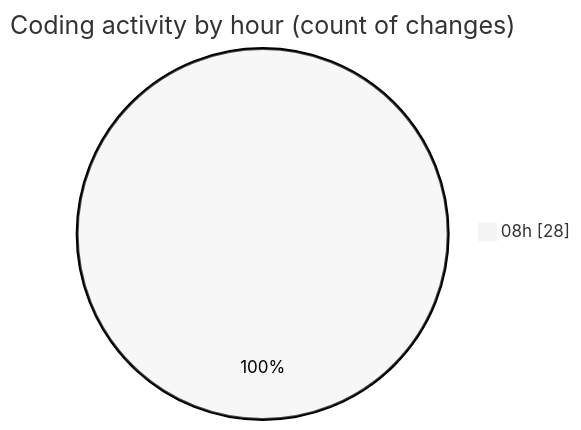
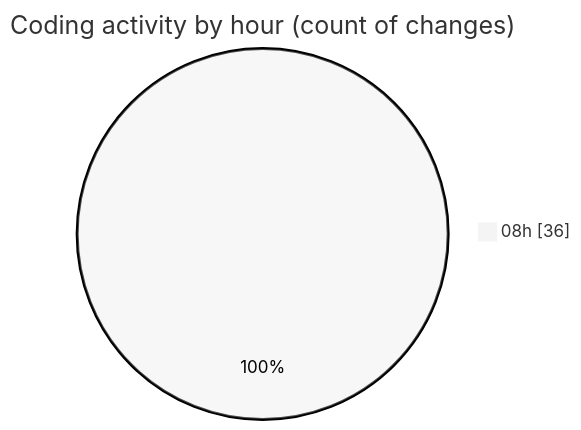
The second of 2 diagrams in 2025-05-16/ecodeli-1/README.md (CELIANVF/code-tracking), drawn with Mermaid (neutral theme) before and after one commit. The commit also changed other lines of this file and 1 other file, not shown here.

````diff
--- a/2025-05-16/ecodeli-1/README.md
+++ b/2025-05-16/ecodeli-1/README.md
@@ -42,5 +47,5 @@
 ```mermaid
 pie showData
 title Coding activity by hour (count of changes)
-"08h" : 28
+"08h" : 36
 ```
````
